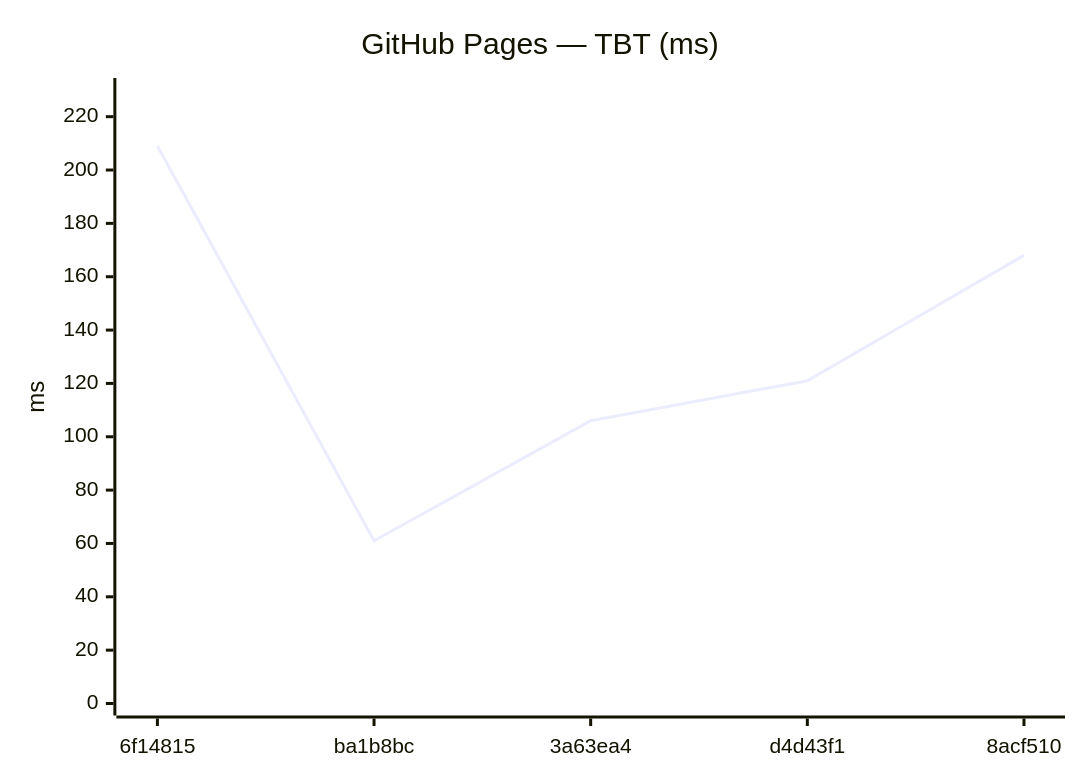
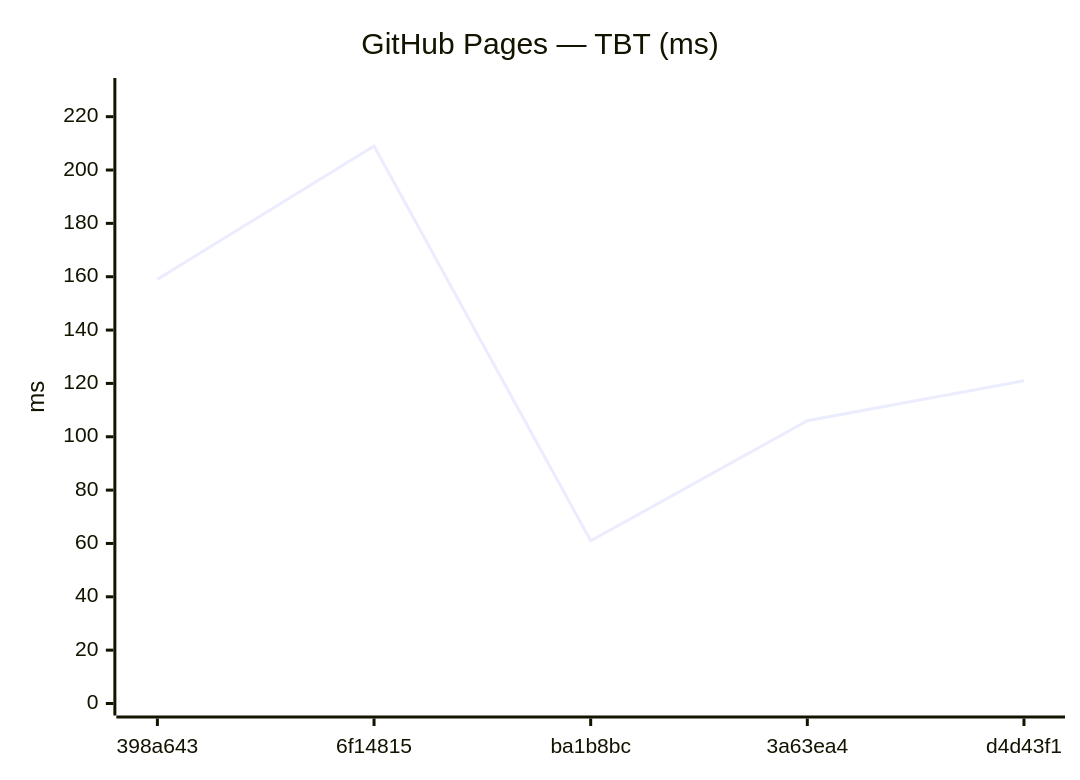
The tenth of 18 diagrams in benchmarks/compare.md (Metaheurist/Rianell), drawn with Mermaid before and after one commit. The commit also changed other lines of this file and 11 other files, not shown here.

````diff
--- a/benchmarks/compare.md
+++ b/benchmarks/compare.md
@@ -149,7 +149,7 @@
 ```mermaid
 xychart-beta
     title "GitHub Pages — TBT (ms)"
-    x-axis ["6f14815", "ba1b8bc", "3a63ea4", "d4d43f1", "8acf510"]
+    x-axis ["398a643", "6f14815", "ba1b8bc", "3a63ea4", "d4d43f1"]
     y-axis "ms" 0 --> 230
-    line [209, 61, 106, 121, 168]
+    line [159, 209, 61, 106, 121]
 ```
````
